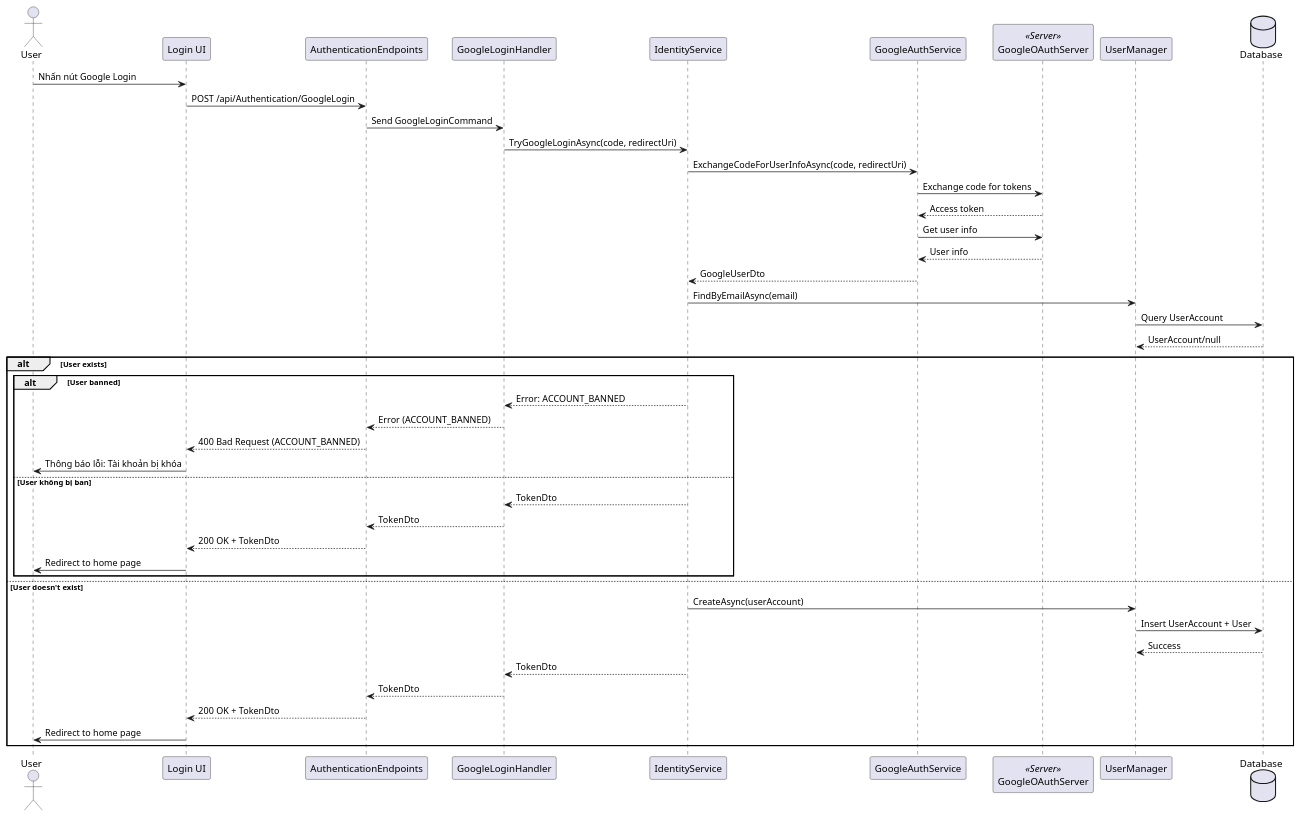
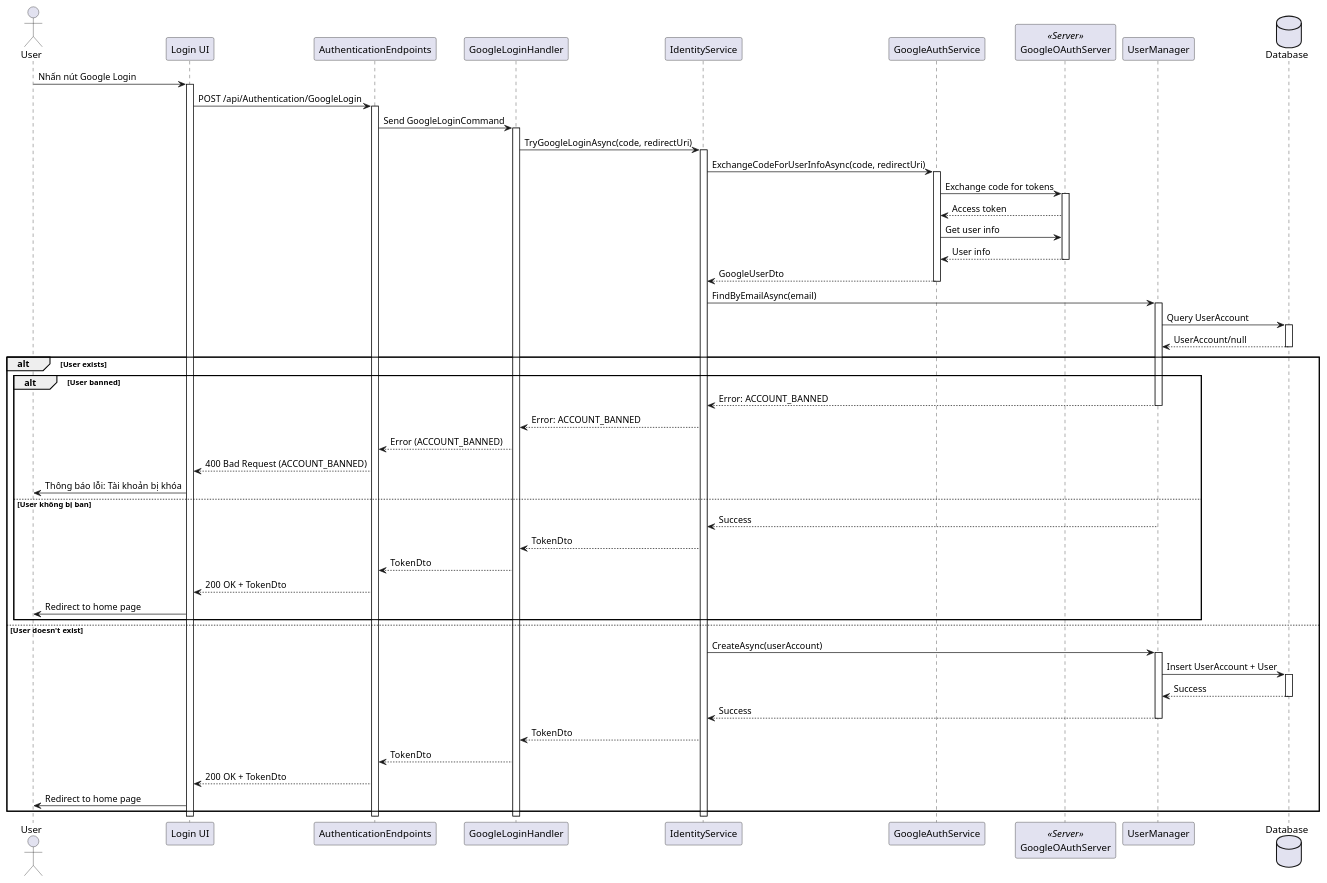
The diagram in authentication/sequence/04_GoogleLogin.puml (thanhkhac/SEP_Diagram), drawn with PlantUML before and after one commit. The commit also changed 3 other files, not shown here.

Commit message:
Enhance authentication sequence diagrams

```diff
--- a/authentication/sequence/04_GoogleLogin.puml
+++ b/authentication/sequence/04_GoogleLogin.puml
@@ -1,46 +1,70 @@
 @startuml
 actor User
 participant "Login UI" as UI
 participant AuthenticationEndpoints
 participant GoogleLoginHandler
 participant IdentityService
 participant GoogleAuthService
 participant GoogleOAuthServer <<Server>>
 participant UserManager
 Database Database
 
 User -> UI : Nhấn nút Google Login
+activate UI
 UI -> AuthenticationEndpoints : POST /api/Authentication/GoogleLogin
+activate AuthenticationEndpoints
 AuthenticationEndpoints -> GoogleLoginHandler : Send GoogleLoginCommand
+activate GoogleLoginHandler
 GoogleLoginHandler -> IdentityService : TryGoogleLoginAsync(code, redirectUri)
+activate IdentityService
 IdentityService -> GoogleAuthService : ExchangeCodeForUserInfoAsync(code, redirectUri)
+activate GoogleAuthService
 GoogleAuthService -> GoogleOAuthServer : Exchange code for tokens
+activate GoogleOAuthServer
 GoogleOAuthServer --> GoogleAuthService : Access token
 GoogleAuthService -> GoogleOAuthServer : Get user info
 GoogleOAuthServer --> GoogleAuthService : User info
+deactivate GoogleOAuthServer
 GoogleAuthService --> IdentityService : GoogleUserDto
+deactivate GoogleAuthService
 IdentityService -> UserManager : FindByEmailAsync(email)
+activate UserManager
 UserManager -> Database : Query UserAccount
+activate Database
 Database --> UserManager : UserAccount/null
+deactivate Database
 alt User exists
     alt User banned
+        UserManager --> IdentityService : Error: ACCOUNT_BANNED
+        deactivate UserManager
         IdentityService --> GoogleLoginHandler : Error: ACCOUNT_BANNED
         GoogleLoginHandler --> AuthenticationEndpoints : Error (ACCOUNT_BANNED)
         AuthenticationEndpoints --> UI : 400 Bad Request (ACCOUNT_BANNED)
         UI -> User : Thông báo lỗi: Tài khoản bị khóa
     else User không bị ban
+        UserManager --> IdentityService : Success
+        deactivate UserManager
         IdentityService --> GoogleLoginHandler : TokenDto
         GoogleLoginHandler --> AuthenticationEndpoints : TokenDto
         AuthenticationEndpoints --> UI : 200 OK + TokenDto
         UI -> User : Redirect to home page
     end
 else User doesn't exist
     IdentityService -> UserManager : CreateAsync(userAccount)
+    activate UserManager
     UserManager -> Database : Insert UserAccount + User
+    activate Database
     Database --> UserManager : Success
+    deactivate Database
+    UserManager --> IdentityService : Success
+    deactivate UserManager
     IdentityService --> GoogleLoginHandler : TokenDto
     GoogleLoginHandler --> AuthenticationEndpoints : TokenDto
     AuthenticationEndpoints --> UI : 200 OK + TokenDto
     UI -> User : Redirect to home page
 end
+deactivate IdentityService
+deactivate GoogleLoginHandler
+deactivate AuthenticationEndpoints
+deactivate UI
 @enduml
```
